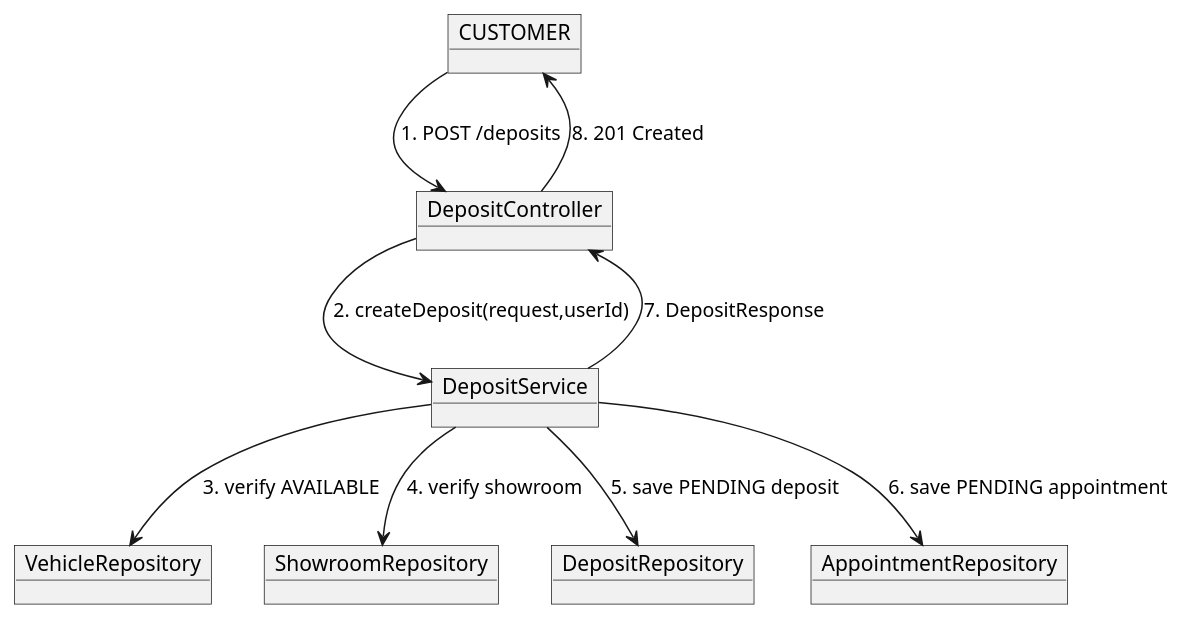
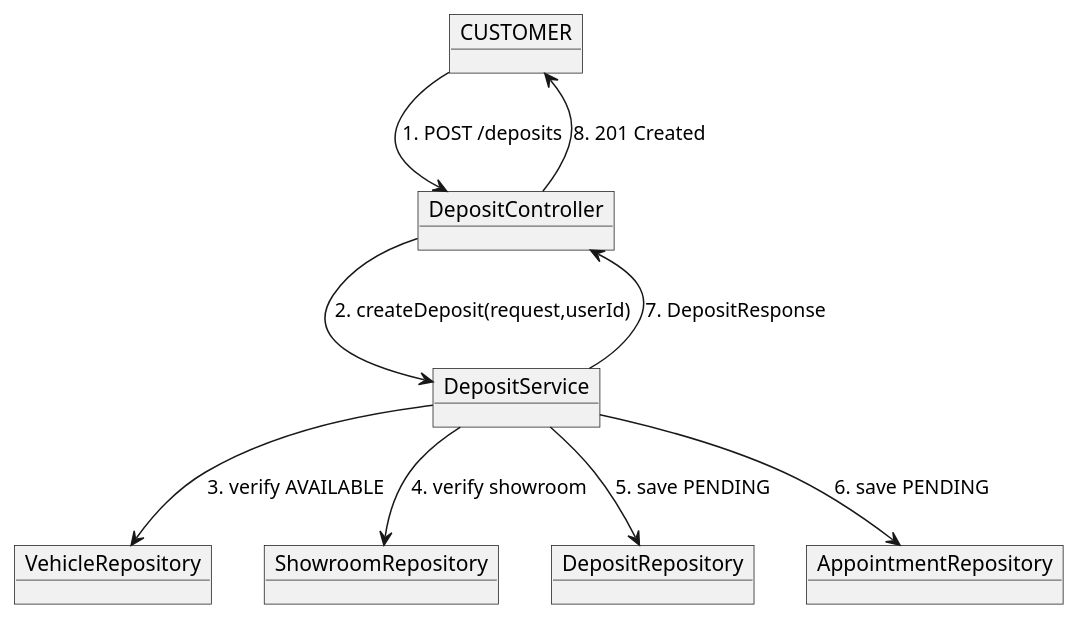
The third of 6 diagrams in docs/UML/Collaboration_Diagrams.md (Trung-Khang/AutoTrade), drawn with PlantUML before and after one commit. The commit also changed other lines of this file and 9 other files, not shown here.

Commit message:
docs(TV5): cập nhật tài liệu UML, CSDL, SRS và báo cáo tiến độ TV5 - Sáng 1/10/2026

````diff
--- a/docs/UML/Collaboration_Diagrams.md
+++ b/docs/UML/Collaboration_Diagrams.md
@@ -30,20 +61,20 @@
 ```plantuml
 @startuml
 object CUSTOMER
 object DepositController
 object DepositService
 object VehicleRepository
 object ShowroomRepository
 object DepositRepository
 object AppointmentRepository
 
 CUSTOMER --> DepositController : 1. POST /deposits
 DepositController --> DepositService : 2. createDeposit(request,userId)
 DepositService --> VehicleRepository : 3. verify AVAILABLE
 DepositService --> ShowroomRepository : 4. verify showroom
-DepositService --> DepositRepository : 5. save PENDING deposit
-DepositService --> AppointmentRepository : 6. save PENDING appointment
+DepositService --> DepositRepository : 5. save PENDING
+DepositService --> AppointmentRepository : 6. save PENDING
 DepositService --> DepositController : 7. DepositResponse
 DepositController --> CUSTOMER : 8. 201 Created
 @enduml
 ```
````
